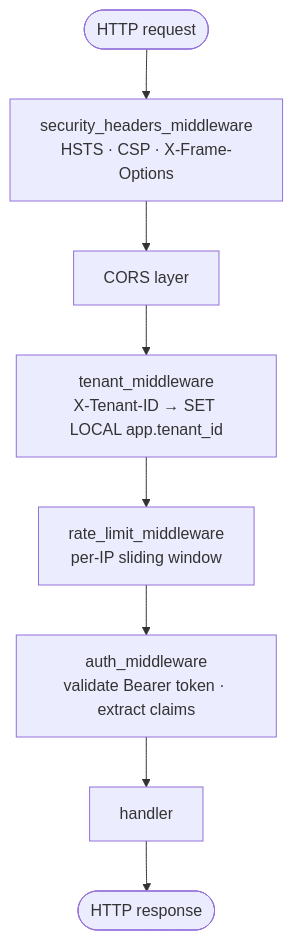
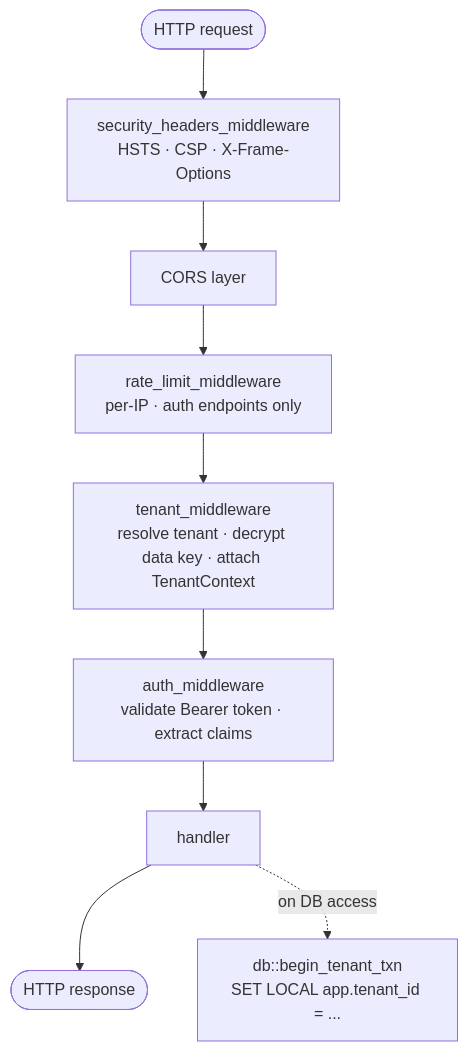
Before and after one commit to Shrpp/ovlt: the fourth of 4 diagrams in docs/architecture.md, drawn with Mermaid. The commit also changed other lines of this file and 2 other files, not shown here.

Commit message:
docs: expand roadmap to 8 stages, fix OVLT typo, align architecture and security docs with HS256 tokens and corrected middleware order

````diff
--- a/docs/architecture.md
+++ b/docs/architecture.md
@@ -105,13 +113,15 @@
 ```mermaid
 flowchart TD
     REQ(["HTTP request"])
     SEC["security_headers_middleware\nHSTS · CSP · X-Frame-Options"]
     CORS["CORS layer"]
-    TENANT["tenant_middleware\nX-Tenant-ID → SET LOCAL app.tenant_id"]
-    RATE["rate_limit_middleware\nper-IP sliding window"]
+    RATE["rate_limit_middleware\nper-IP · auth endpoints only"]
+    TENANT["tenant_middleware\nresolve tenant · decrypt data key · attach TenantContext"]
     AUTH["auth_middleware\nvalidate Bearer token · extract claims"]
     HANDLER["handler"]
+    TXN["db::begin_tenant_txn\nSET LOCAL app.tenant_id = ..."]
     RES(["HTTP response"])
 
-    REQ --> SEC --> CORS --> TENANT --> RATE --> AUTH --> HANDLER --> RES
+    REQ --> SEC --> CORS --> RATE --> TENANT --> AUTH --> HANDLER --> RES
+    HANDLER -.->|"on DB access"| TXN
 ```
````
